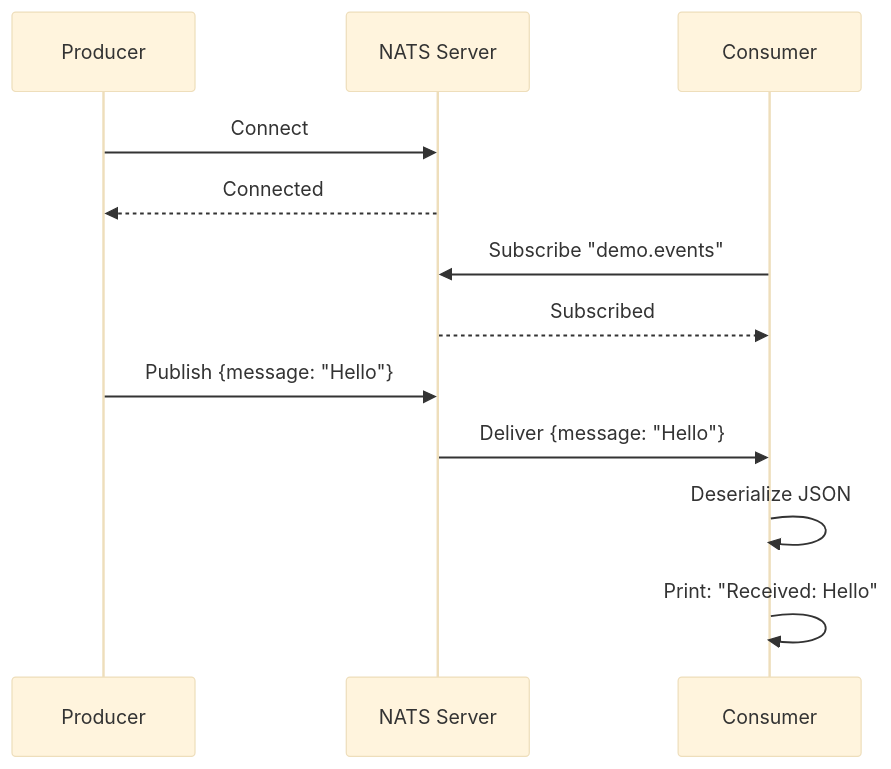
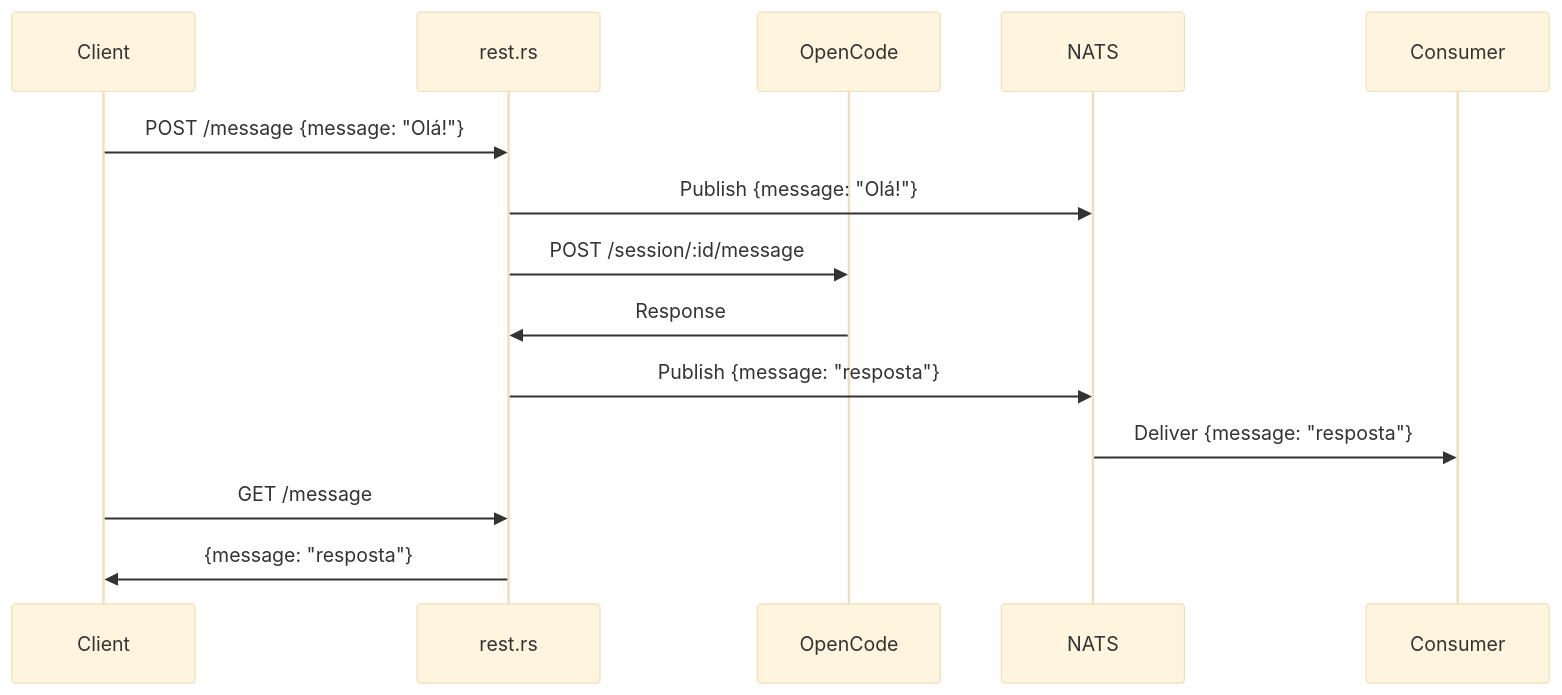
One commit to Daniel-Dos/rust-ai changed the second of 2 diagrams in README.md. Above: the diagram before and after it, drawn with Mermaid (base theme). The commit also changed other lines of this file and 12 other files, not shown here.

````diff
--- a/README.md
+++ b/README.md
@@ -46,15 +46,17 @@
 ```mermaid
 sequenceDiagram
-    participant P as Producer
-    participant N as NATS Server
-    participant C as Consumer
+    participant Client
+    participant REST as rest.rs
+    participant OpenCode
+    participant NATS
+    participant Consumer
 
-    P->>N: Connect
-    N-->>P: Connected
-    C->>N: Subscribe "demo.events"
-    N-->>C: Subscribed
-    P->>N: Publish {message: "Hello"}
-    N->>C: Deliver {message: "Hello"}
-    C->>C: Deserialize JSON
-    C->>C: Print: "Received: Hello"
+    Client->>REST: POST /message {message: "Olá!"}
+    REST->>NATS: Publish {message: "Olá!"}
+    REST->>OpenCode: POST /session/:id/message
+    OpenCode->>REST: Response
+    REST->>NATS: Publish {message: "resposta"}
+    NATS->>Consumer: Deliver {message: "resposta"}
+    Client->>REST: GET /message
+    REST->>Client: {message: "resposta"}
 ```
````
